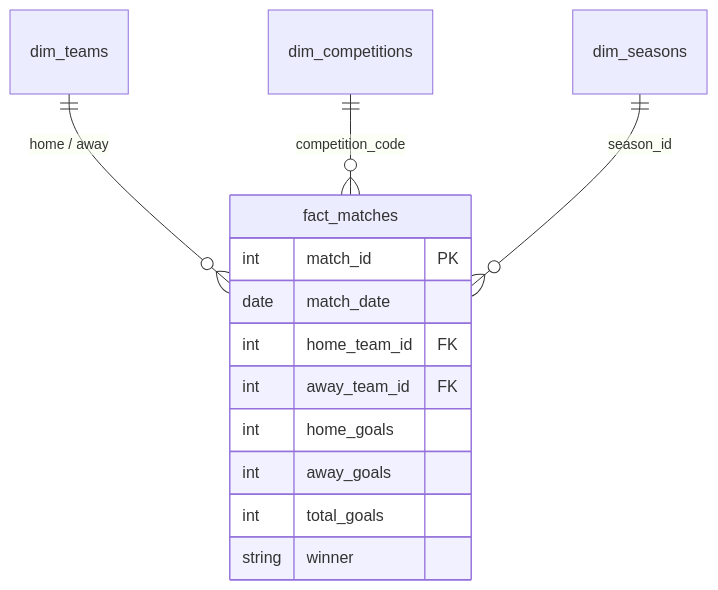
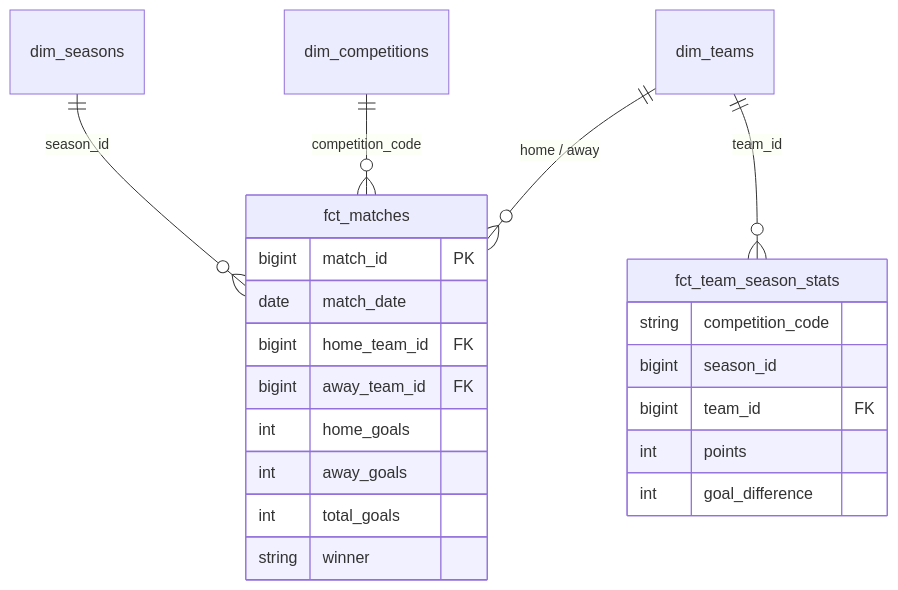
The second of 2 diagrams in README.md (PWIS11/football-analytics-pipeline), drawn with Mermaid before and after one commit. The commit also changed other lines of this file and 23 other files, not shown here.

````diff
--- a/README.md
+++ b/README.md
@@ -29,16 +32,24 @@
 ```mermaid
 erDiagram
-    dim_teams ||--o{ fact_matches : "home / away"
-    dim_competitions ||--o{ fact_matches : "competition_code"
-    dim_seasons ||--o{ fact_matches : "season_id"
-    fact_matches {
-        int match_id PK
+    dim_teams ||--o{ fct_matches : "home / away"
+    dim_competitions ||--o{ fct_matches : "competition_code"
+    dim_seasons ||--o{ fct_matches : "season_id"
+    dim_teams ||--o{ fct_team_season_stats : "team_id"
+    fct_matches {
+        bigint match_id PK
         date match_date
-        int home_team_id FK
-        int away_team_id FK
+        bigint home_team_id FK
+        bigint away_team_id FK
         int home_goals
         int away_goals
         int total_goals
         string winner
     }
+    fct_team_season_stats {
+        string competition_code
+        bigint season_id
+        bigint team_id FK
+        int points
+        int goal_difference
+    }
 ```
````
